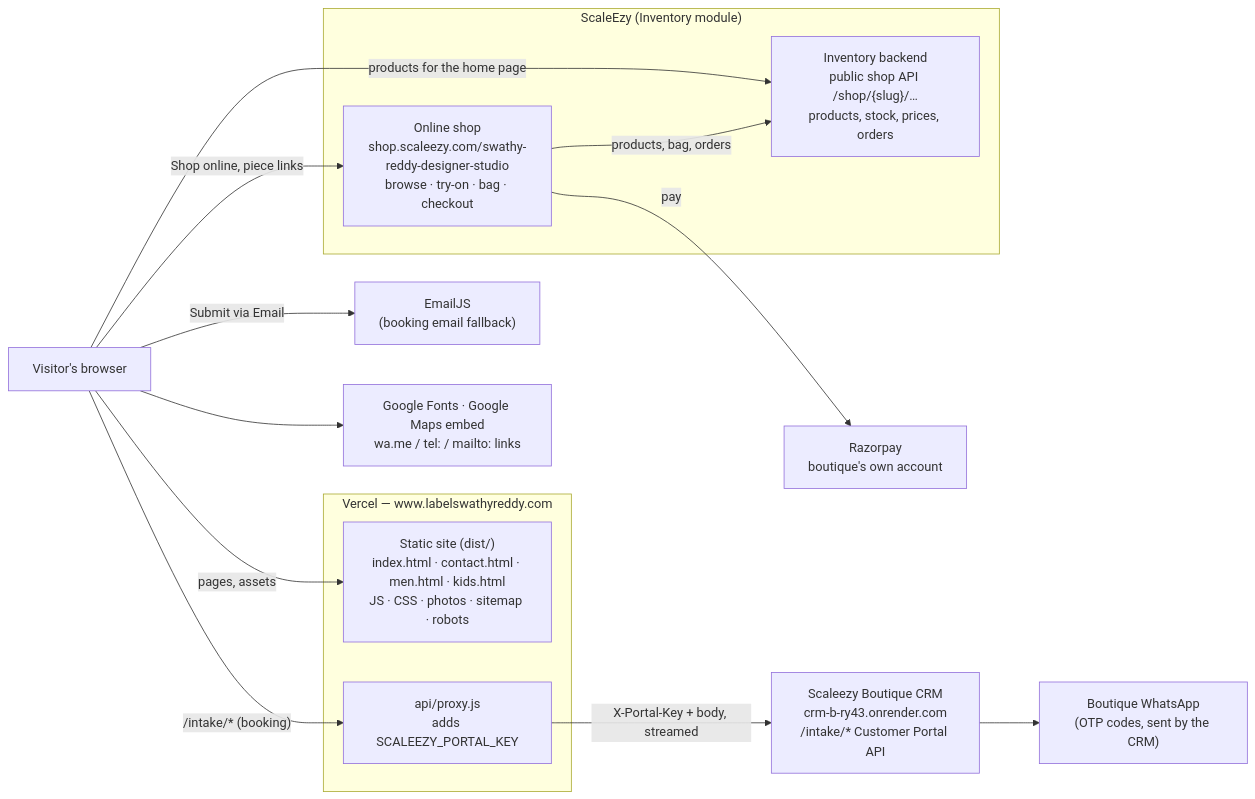
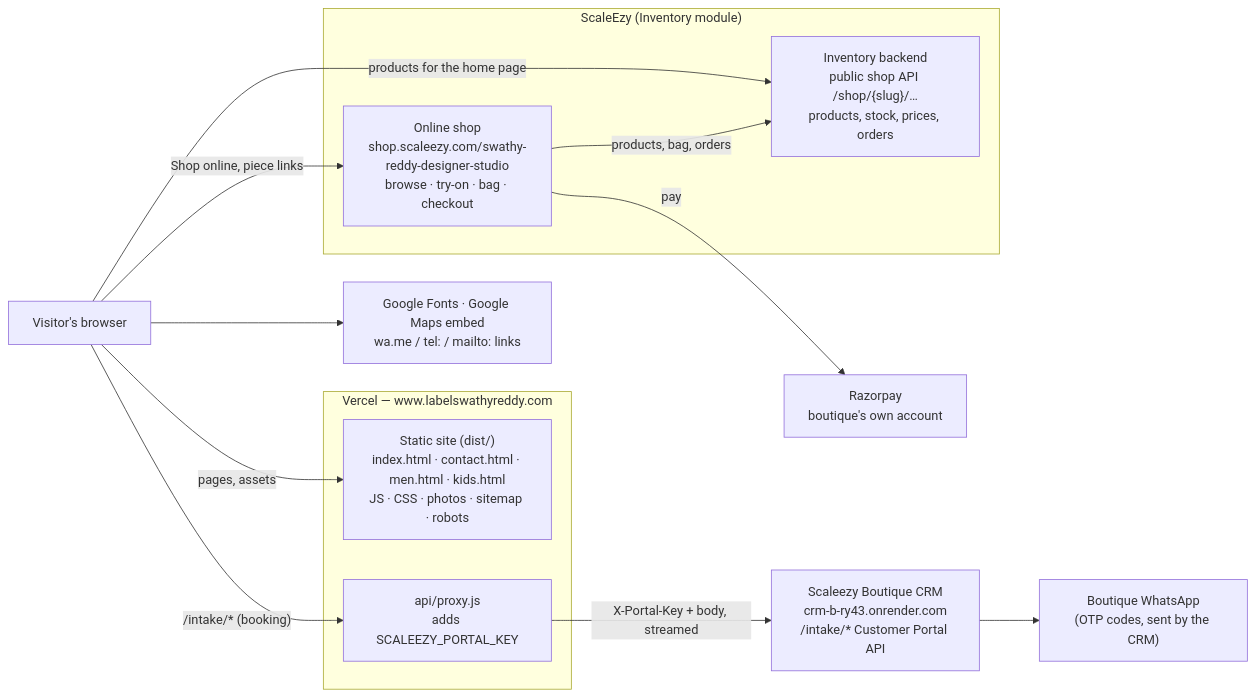
The diagram in ARCHITECTURE.md (DomsGlobal9/swathy-reddy-designer-studio), drawn with Mermaid before and after one commit. The commit also changed other lines of this file and 5 other files, not shown here.

Commit message:
feat(booking): book from step 1, delivery (collect / courier with address) and boutique postal address, cards/pills/rounded buttons, maroon notes, no step numbers, email option removed

````diff
--- a/ARCHITECTURE.md
+++ b/ARCHITECTURE.md
@@ -12,28 +12,26 @@
 ```mermaid
 flowchart LR
   V["Visitor's browser"]
   subgraph Vercel["Vercel — www.labelswathyreddy.com"]
     S["Static site (dist/)<br/>index.html · contact.html · men.html · kids.html<br/>JS · CSS · photos · sitemap · robots"]
     P["api/proxy.js<br/>adds SCALEEZY_PORTAL_KEY"]
   end
   subgraph ScaleEzy["ScaleEzy (Inventory module)"]
     INV["Inventory backend<br/>public shop API /shop/{slug}/…<br/>products, stock, prices, orders"]
     SHOP["Online shop<br/>shop.scaleezy.com/swathy-reddy-designer-studio<br/>browse · try-on · bag · checkout"]
   end
   RZP["Razorpay<br/>boutique's own account"]
   CRM["Scaleezy Boutique CRM<br/>crm-b-ry43.onrender.com<br/>/intake/* Customer Portal API"]
   WA["Boutique WhatsApp<br/>(OTP codes, sent by the CRM)"]
-  EJ["EmailJS<br/>(booking email fallback)"]
   EXT["Google Fonts · Google Maps embed<br/>wa.me / tel: / mailto: links"]
 
   V -->|pages, assets| S
   V -->|"products for the home page"| INV
   V -->|"Shop online, piece links"| SHOP
   SHOP -->|"products, bag, orders"| INV
   SHOP -->|pay| RZP
   V -->|"/intake/* (booking)"| P
   P -->|"X-Portal-Key + body, streamed"| CRM
   CRM --> WA
-  V -->|Submit via Email| EJ
   V --> EXT
 ```
````
